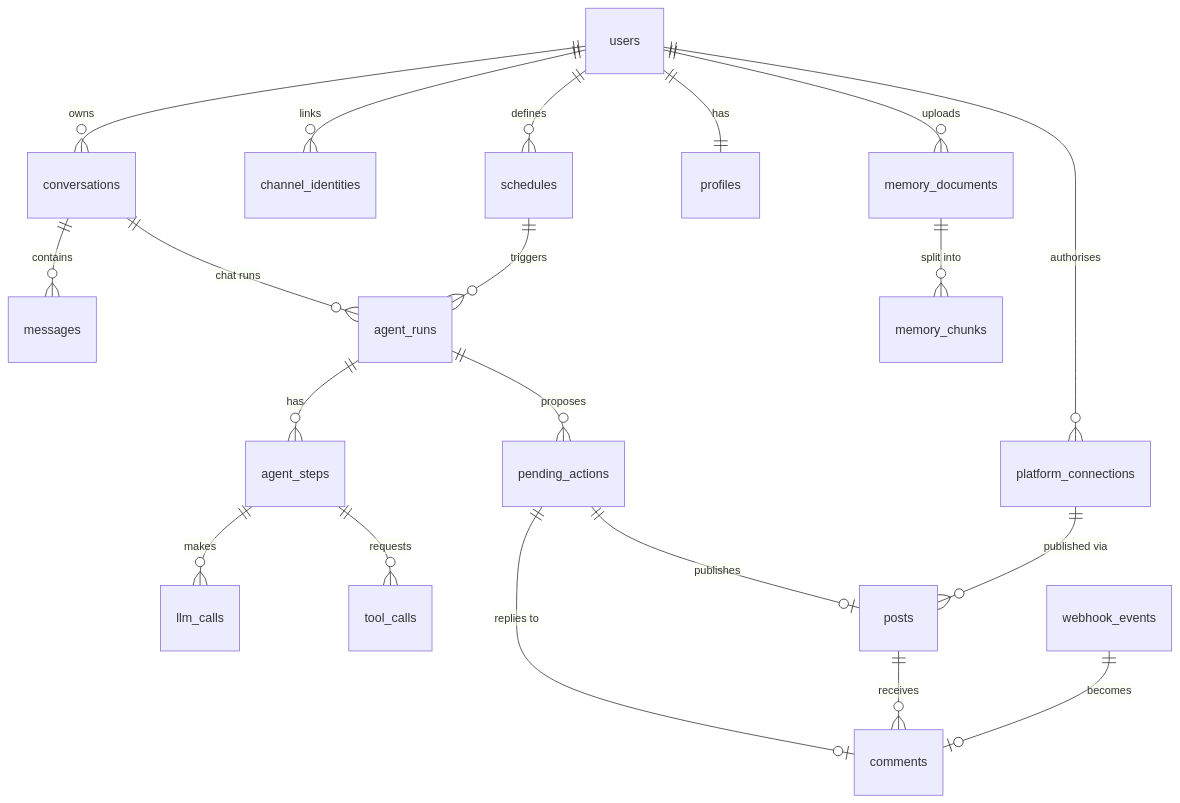
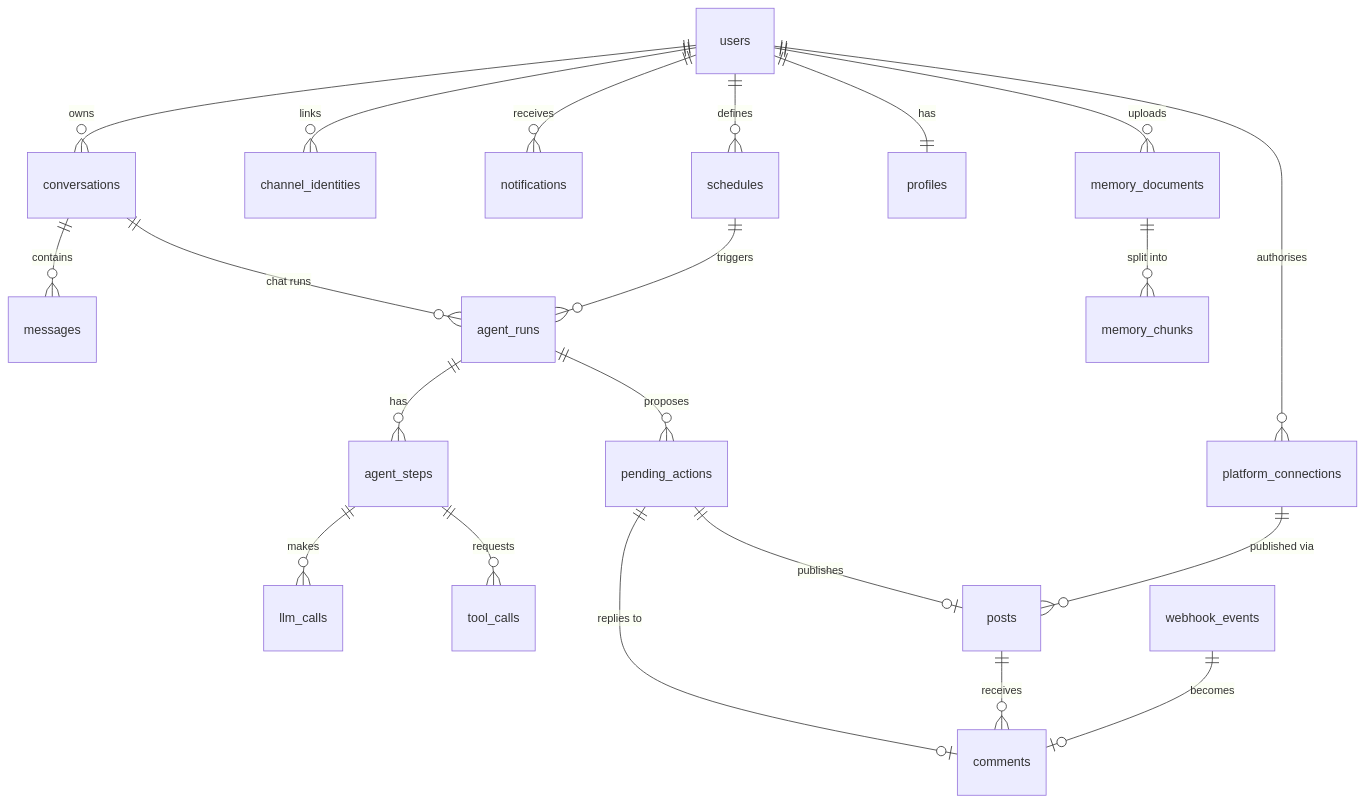
One commit to gmnhussain/khadim changed the diagram in docs/architecture/data-model.md. Above: the diagram before and after it, drawn with Mermaid. The commit also changed other lines of this file and 7 other files, not shown here.

````diff
--- a/docs/architecture/data-model.md
+++ b/docs/architecture/data-model.md
@@ -17,22 +17,23 @@
 ```mermaid
 erDiagram
   users ||--o{ conversations : owns
   users ||--o{ channel_identities : links
+  users ||--o{ notifications : receives
   conversations ||--o{ messages : contains
   conversations ||--o{ agent_runs : "chat runs"
   agent_runs ||--o{ agent_steps : has
   agent_steps ||--o{ llm_calls : makes
   agent_steps ||--o{ tool_calls : requests
   agent_runs ||--o{ pending_actions : proposes
   pending_actions ||--o| posts : "publishes"
   pending_actions ||--o| comments : "replies to"
   users ||--o{ platform_connections : authorises
   platform_connections ||--o{ posts : "published via"
   posts ||--o{ comments : receives
   users ||--o{ schedules : defines
   schedules ||--o{ agent_runs : triggers
   users ||--|| profiles : has
   users ||--o{ memory_documents : uploads
   memory_documents ||--o{ memory_chunks : "split into"
   webhook_events ||--o| comments : "becomes"
 ```
````
